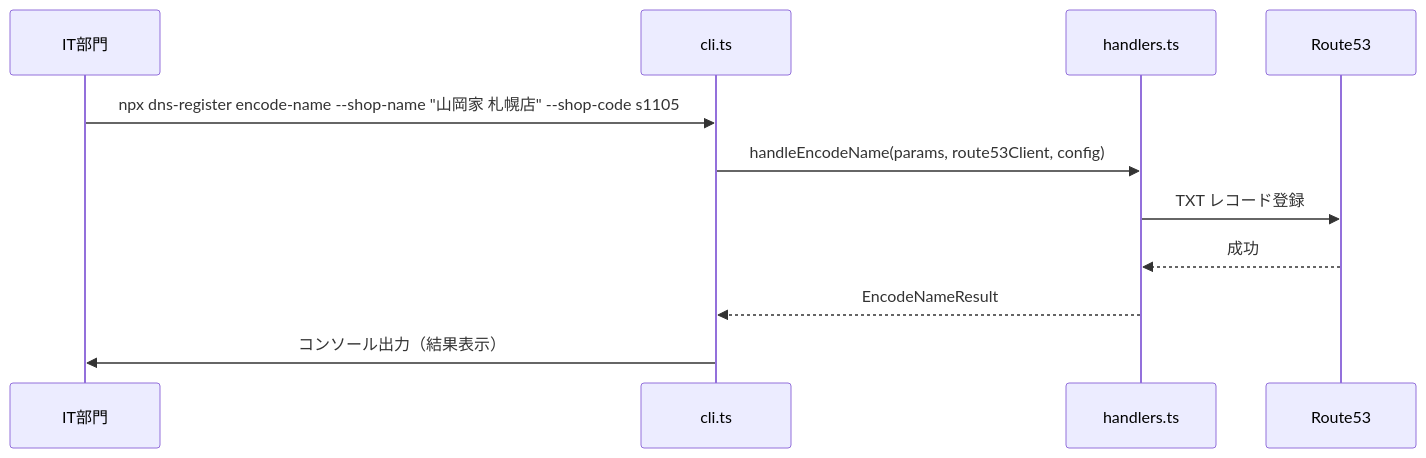
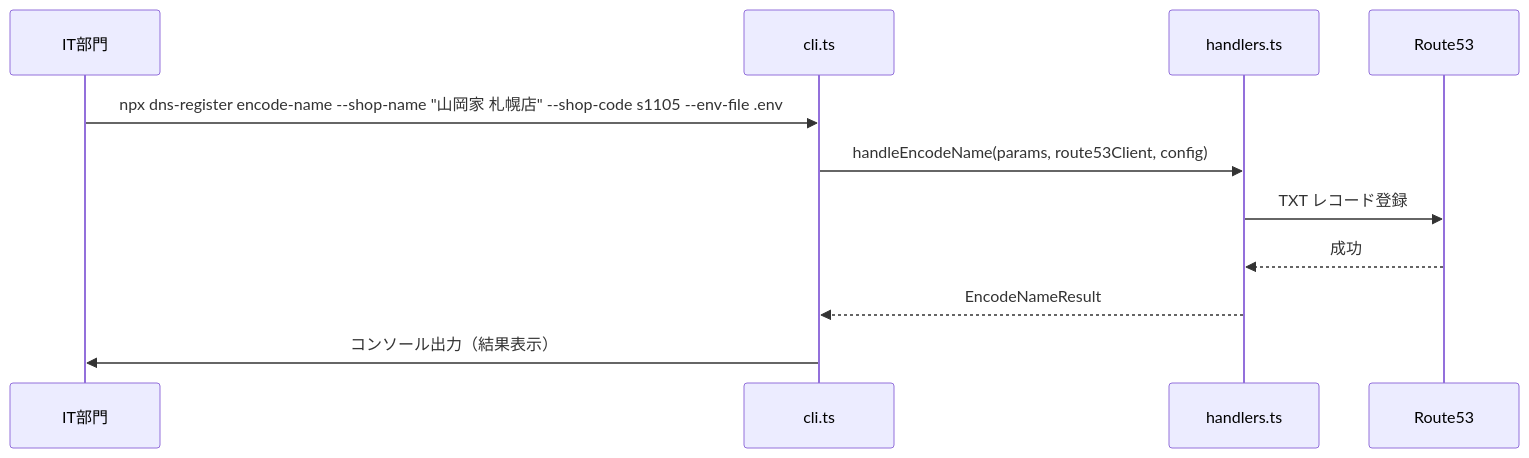
One commit to y-ishijima/route53_dns_auto_register changed the third of 3 diagrams in docs/architecture.md. Above: the diagram before and after it, drawn with Mermaid. The commit also changed other lines of this file and 11 other files, not shown here.

````diff
--- a/docs/architecture.md
+++ b/docs/architecture.md
@@ -154,14 +155,14 @@
 ```mermaid
 sequenceDiagram
     participant IT as IT部門
     participant CLI as cli.ts
     participant H as handlers.ts
     participant R53 as Route53
 
-    IT->>CLI: npx dns-register encode-name --shop-name "山岡家 札幌店" --shop-code s1105
+    IT->>CLI: npx dns-register encode-name --shop-name "山岡家 札幌店" --shop-code s1105 --env-file .env
     CLI->>H: handleEncodeName(params, route53Client, config)
     H->>R53: TXT レコード登録
     R53-->>H: 成功
     H-->>CLI: EncodeNameResult
     CLI->>IT: コンソール出力（結果表示）
 ```
````
